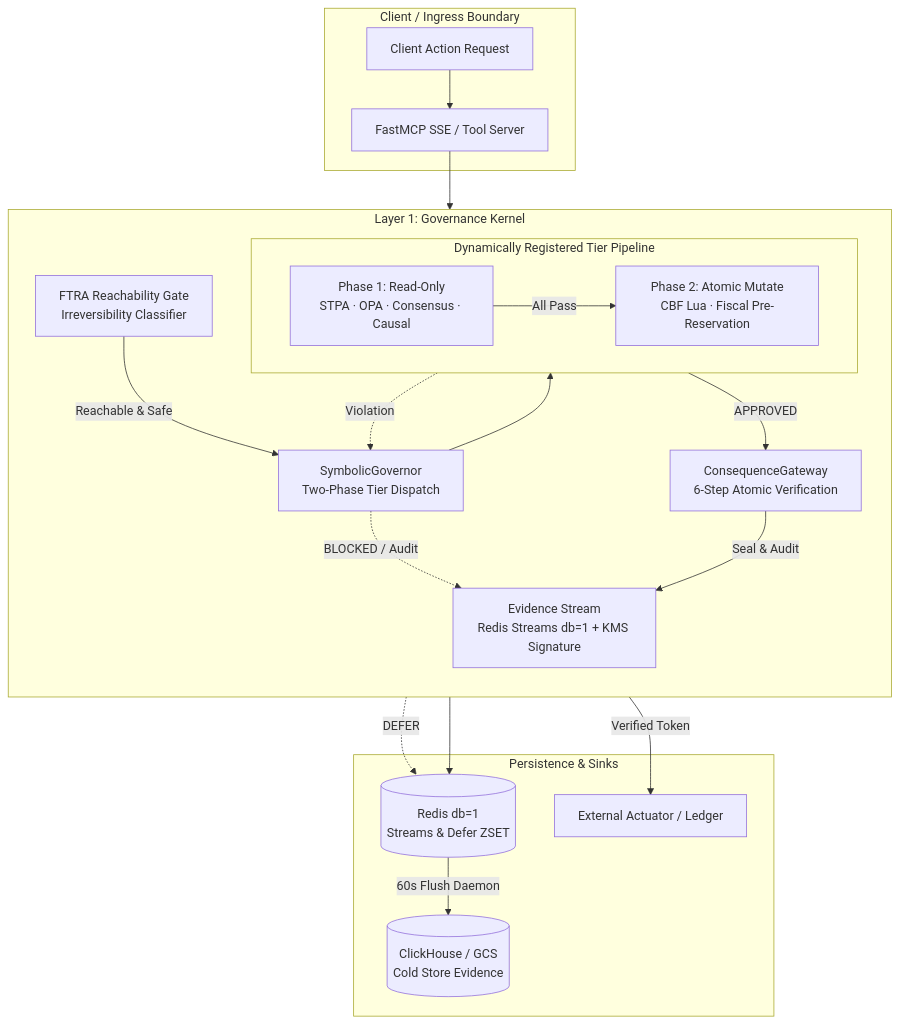
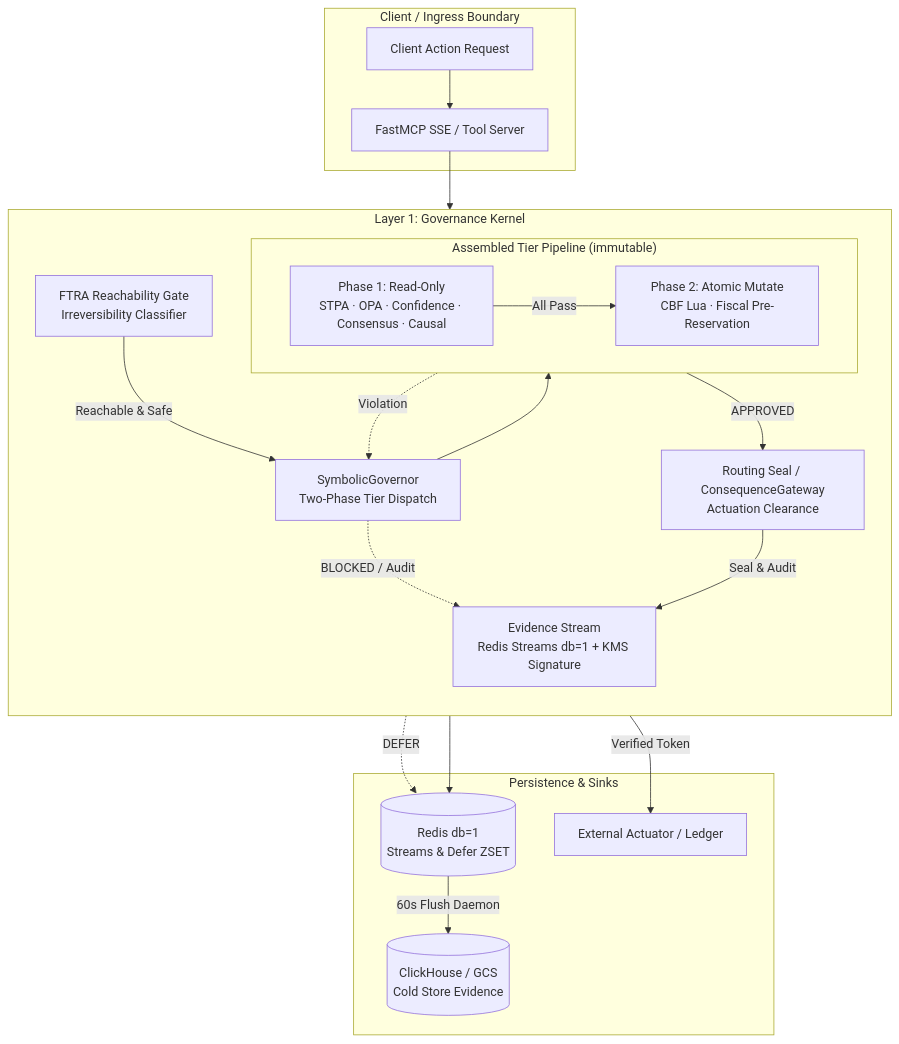
One commit to google/cybernetic-agent-governance-engine changed the first of 2 diagrams in docs/architecture/ARCHITECTURE.md. Above: the diagram before and after it, drawn with Mermaid. The commit also changed other lines of this file and 33 other files, not shown here.

Commit message:
docs(docs): sync core and architecture docs with HEAD (#324)

````diff
--- a/docs/architecture/ARCHITECTURE.md
+++ b/docs/architecture/ARCHITECTURE.md
@@ -78,42 +78,42 @@
 ```mermaid
 graph TB
     subgraph INGRESS["Client / Ingress Boundary"]
         REQ[Client Action Request]
         MCP[FastMCP SSE / Tool Server]
     end
 
     subgraph KERNEL["Layer 1: Governance Kernel"]
         direction TB
         FTRA["FTRA Reachability Gate<br/>Irreversibility Classifier"]
         SYM["SymbolicGovernor<br/>Two-Phase Tier Dispatch"]
 
-        subgraph TIERS["Dynamically Registered Tier Pipeline"]
+        subgraph TIERS["Assembled Tier Pipeline (immutable)"]
             direction LR
-            P1["Phase 1: Read-Only<br/>STPA · OPA · Consensus · Causal"]
+            P1["Phase 1: Read-Only<br/>STPA · OPA · Confidence · Consensus · Causal"]
             P2["Phase 2: Atomic Mutate<br/>CBF Lua · Fiscal Pre-Reservation"]
             P1 -->|All Pass| P2
         end
 
-        CQG["ConsequenceGateway<br/>6-Step Atomic Verification"]
+        CQG["Routing Seal / ConsequenceGateway<br/>Actuation Clearance"]
         EVID["Evidence Stream<br/>Redis Streams db=1 + KMS Signature"]
     end
 
     subgraph STORAGE["Persistence & Sinks"]
         R_HOT[(Redis db=1<br/>Streams & Defer ZSET)]
         CH_COLD[(ClickHouse / GCS<br/>Cold Store Evidence)]
         ACTUATOR["External Actuator / Ledger"]
     end
 
     REQ --> MCP
     MCP --> FTRA
     FTRA -->|Reachable & Safe| SYM
     SYM --> TIERS
     TIERS -->|APPROVED| CQG
     TIERS -.->|Violation| SYM
     SYM -.->|DEFER| R_HOT
     SYM -.->|BLOCKED / Audit| EVID
     CQG -->|Verified Token| ACTUATOR
     CQG -->|Seal & Audit| EVID
     EVID --> R_HOT
     R_HOT -->|60s Flush Daemon| CH_COLD
 ```
````
